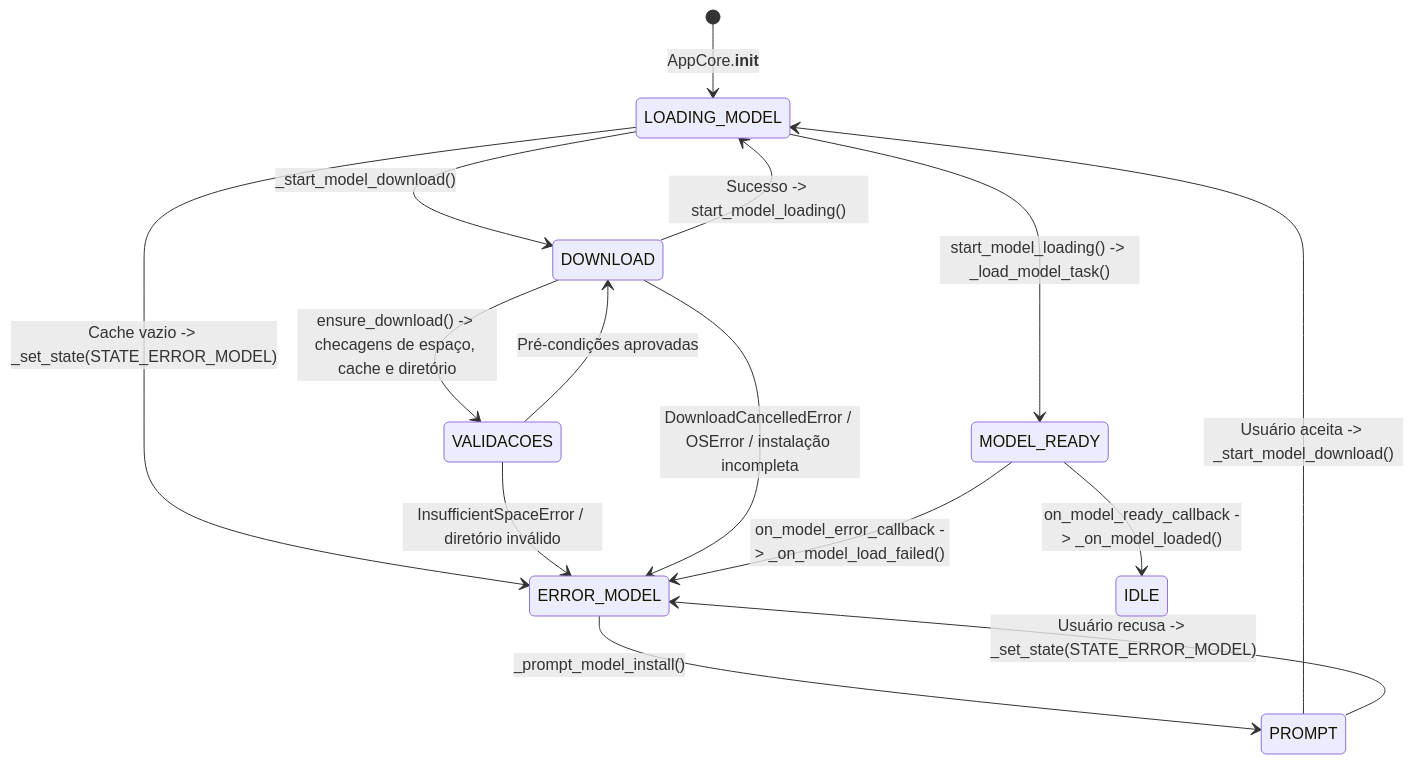
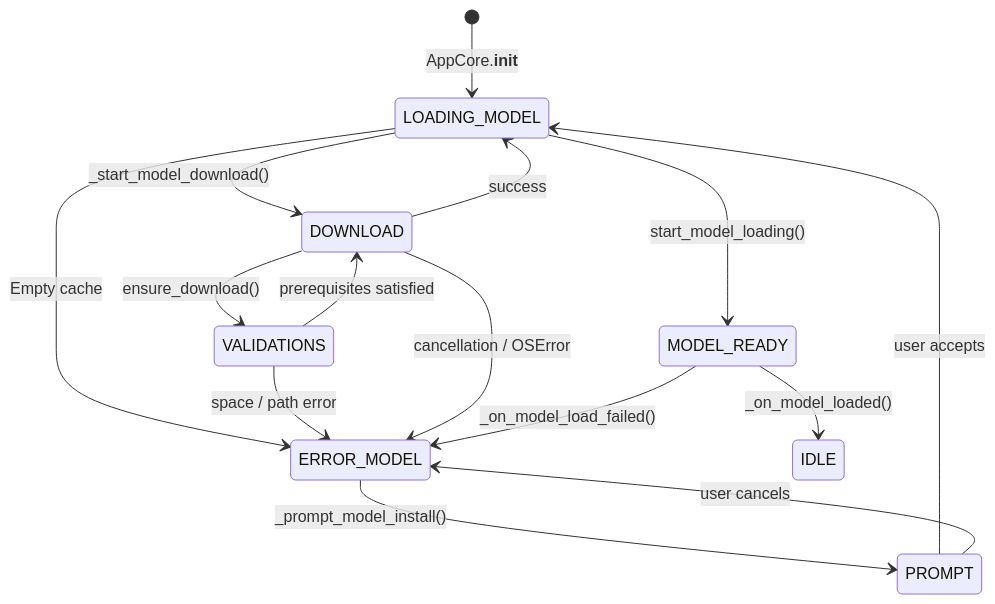
Before and after one commit to AliasUruz/whisper-flash-transcriber: the diagram in docs/model-loading-flow.md, drawn with Mermaid. The commit also changed other lines of this file and 13 other files, not shown here.

````diff
--- a/docs/model-loading-flow.md
+++ b/docs/model-loading-flow.md
@@ -15,17 +17,17 @@
 ```mermaid
 stateDiagram-v2
     [*] --> LOADING_MODEL : AppCore.__init__
-    LOADING_MODEL --> ERROR_MODEL : Cache vazio -> _set_state(STATE_ERROR_MODEL)
+    LOADING_MODEL --> ERROR_MODEL : Empty cache
     ERROR_MODEL --> PROMPT : _prompt_model_install()
-    PROMPT --> LOADING_MODEL : Usuário aceita -> _start_model_download()
-    PROMPT --> ERROR_MODEL : Usuário recusa -> _set_state(STATE_ERROR_MODEL)
+    PROMPT --> LOADING_MODEL : user accepts
+    PROMPT --> ERROR_MODEL : user cancels
     LOADING_MODEL --> DOWNLOAD : _start_model_download()
-    DOWNLOAD --> VALIDACOES : ensure_download() -> checagens de espaço, cache e diretório
-    VALIDACOES --> DOWNLOAD : Pré-condições aprovadas
-    VALIDACOES --> ERROR_MODEL : InsufficientSpaceError / diretório inválido
-    DOWNLOAD --> LOADING_MODEL : Sucesso -> start_model_loading()
-    DOWNLOAD --> ERROR_MODEL : DownloadCancelledError / OSError / instalação incompleta
-    LOADING_MODEL --> MODEL_READY : start_model_loading() -> _load_model_task()
-    MODEL_READY --> IDLE : on_model_ready_callback -> _on_model_loaded()
-    MODEL_READY --> ERROR_MODEL : on_model_error_callback -> _on_model_load_failed()
+    DOWNLOAD --> VALIDATIONS : ensure_download()
+    VALIDATIONS --> DOWNLOAD : prerequisites satisfied
+    VALIDATIONS --> ERROR_MODEL : space / path error
+    DOWNLOAD --> LOADING_MODEL : success
+    DOWNLOAD --> ERROR_MODEL : cancellation / OSError
+    LOADING_MODEL --> MODEL_READY : start_model_loading()
+    MODEL_READY --> IDLE : _on_model_loaded()
+    MODEL_READY --> ERROR_MODEL : _on_model_load_failed()
 ```
````
